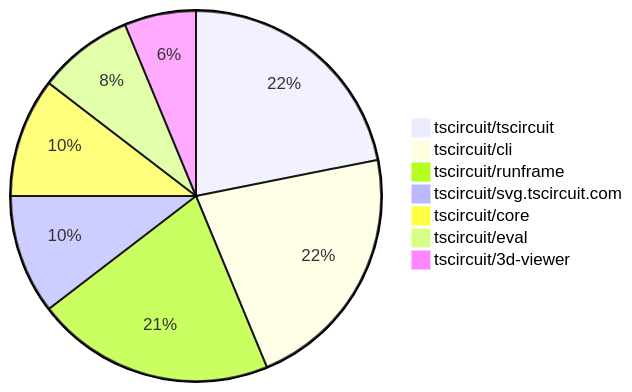
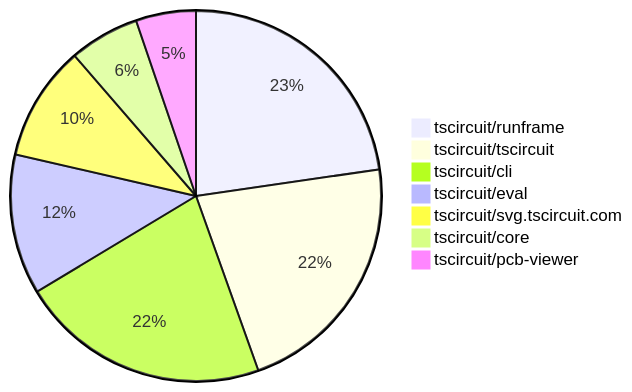
One commit to tscircuit/contribution-tracker changed the second of 2 diagrams in contribution-overviews/2025-10-15.md. Above: the diagram before and after it, drawn with Mermaid. The commit also changed other lines of this file and 3 other files, not shown here.

````diff
--- a/contribution-overviews/2025-10-15.md
+++ b/contribution-overviews/2025-10-15.md
@@ -71,10 +83,10 @@
 ```mermaid
 pie
-    "tscircuit/tscircuit" : 21
-    "tscircuit/cli" : 21
-    "tscircuit/runframe" : 20
-    "tscircuit/svg.tscircuit.com" : 10
-    "tscircuit/core" : 10
-    "tscircuit/eval" : 8
-    "tscircuit/3d-viewer" : 6
+    "tscircuit/runframe" : 52
+    "tscircuit/tscircuit" : 50
+    "tscircuit/cli" : 50
+    "tscircuit/eval" : 28
+    "tscircuit/svg.tscircuit.com" : 23
+    "tscircuit/core" : 14
+    "tscircuit/pcb-viewer" : 12
 ```
````
